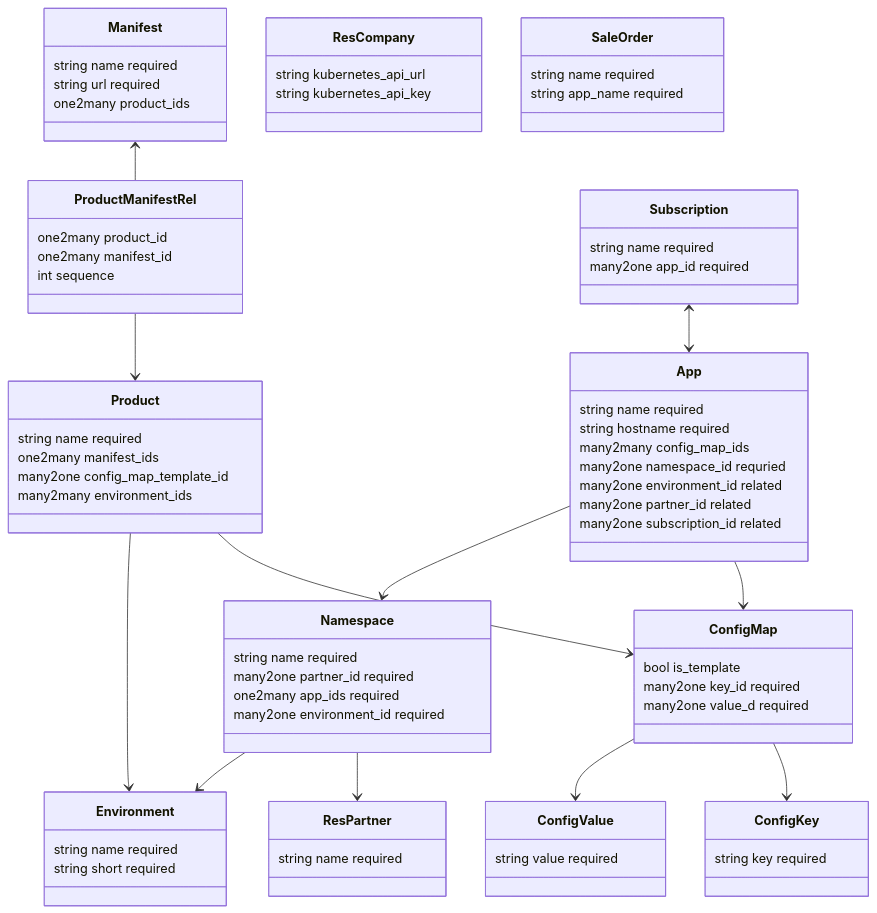
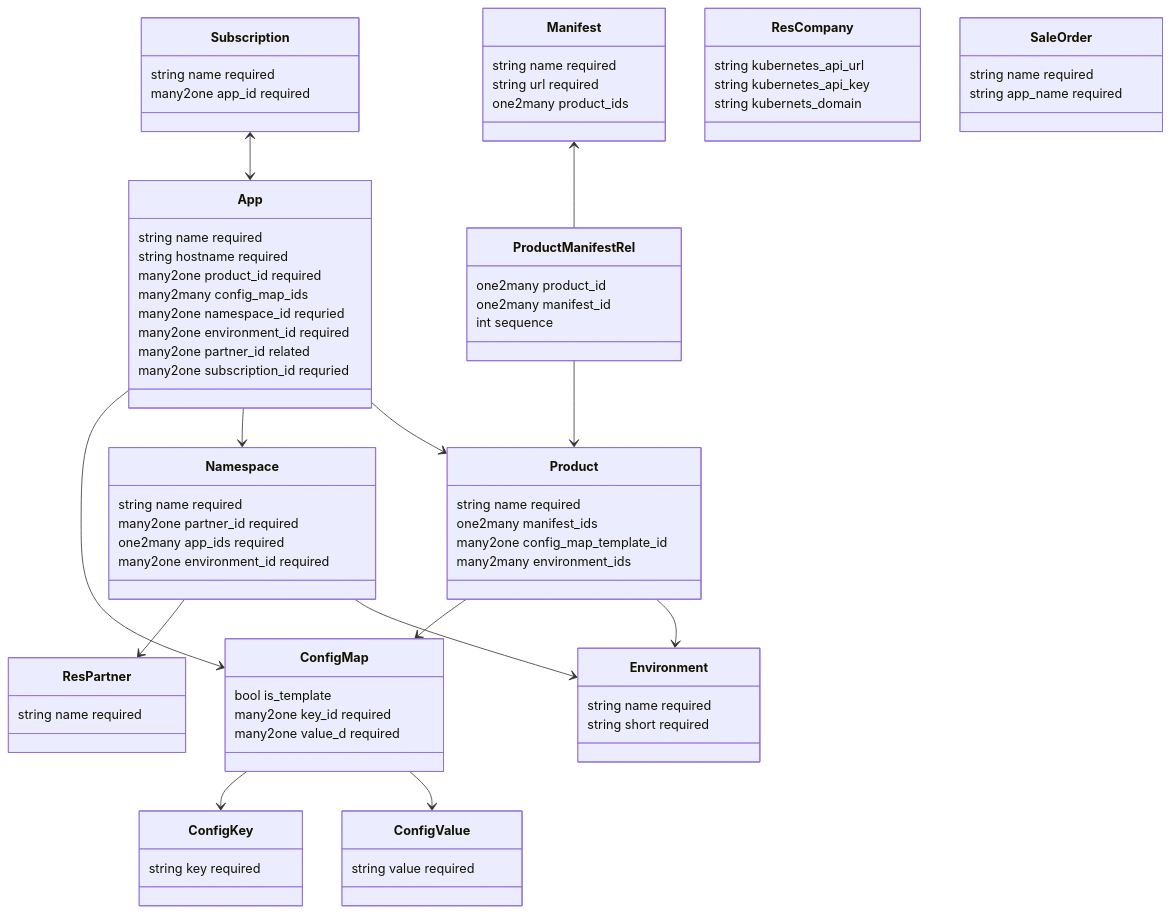
The diagram in Specification Website Sale Kubernetes Subscription OCA.md (Mint-System/Wiki), drawn with Mermaid before and after one commit.

Commit message:
vault backup: 2024-11-07 14:32:28

````diff
--- a/Specification Website Sale Kubernetes Subscription OCA.md
+++ b/Specification Website Sale Kubernetes Subscription OCA.md
@@ -23,5 +23,4 @@
 ```mermaid
-
 classDiagram
     App --> ConfigMap
     ConfigMap --> ConfigKey
@@ -34,20 +33,23 @@
     Product --> ConfigMap
     Namespace --> Environment
     Product --> Environment
+    App --> Product
 
     class App{
       string name required
       string hostname required
+      many2one product_id required
       many2many config_map_ids
       many2one namespace_id requried
-      many2one environment_id related
+      many2one environment_id required
       many2one partner_id related
-      many2one subscription_id related
+      many2one subscription_id requried
     }
 
     class ResCompany{
       string kubernetes_api_url
       string kubernetes_api_key
+      string kubernets_domain
     }
 
     class ConfigMap{
````
